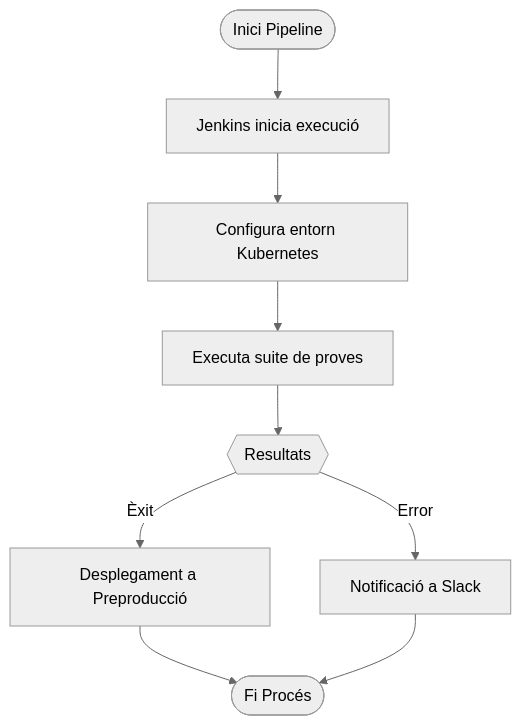
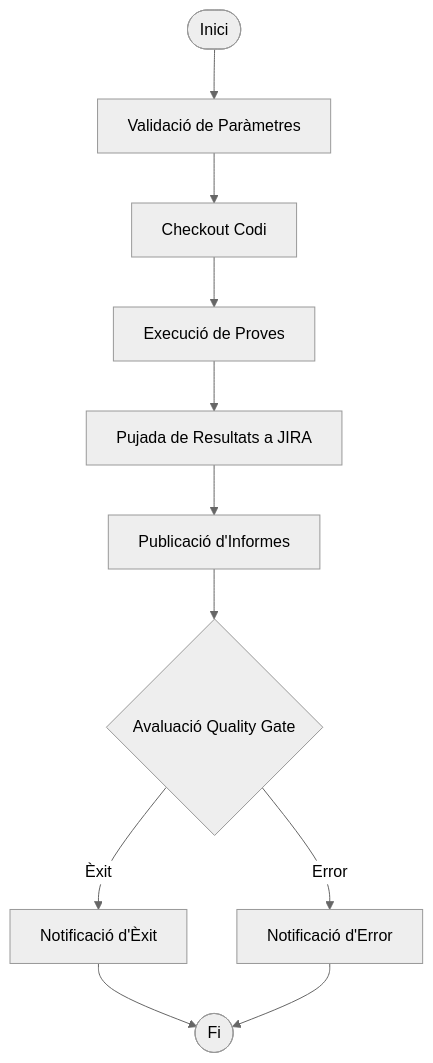
The first of 3 diagrams in docs/jenkins/selenium.md (juananmora/mkdocs-sample1), drawn with Mermaid before and after one commit. The commit also changed other lines of this file and 1 other file, not shown here.

````diff
--- a/docs/jenkins/selenium.md
+++ b/docs/jenkins/selenium.md
@@ -38,12 +19,14 @@
 ```mermaid
 %%{init: {'theme':'neutral'}}%%
 flowchart TD
-A([Inici Pipeline]) --> B[Jenkins inicia execució]
-B --> C[Configura entorn Kubernetes]
-C --> D[Executa suite de proves]
-D --> E{{Resultats}}
-E -->|Èxit| F[Desplegament a Preproducció]
-E -->|Error| G[Notificació a Slack]
-F --> H([Fi Procés])
-G --> H
+A([Inici]) --> B[Validació de Paràmetres]
+B --> C[Checkout Codi]
+C --> D[Execució de Proves]
+D --> E[Pujada de Resultats a JIRA]
+E --> F[Publicació d'Informes]
+F --> G{Avaluació Quality Gate}
+G -->|Èxit| H[Notificació d'Èxit]
+G -->|Error| I[Notificació d'Error]
+H --> Z([Fi])
+I --> Z
 ```
````
